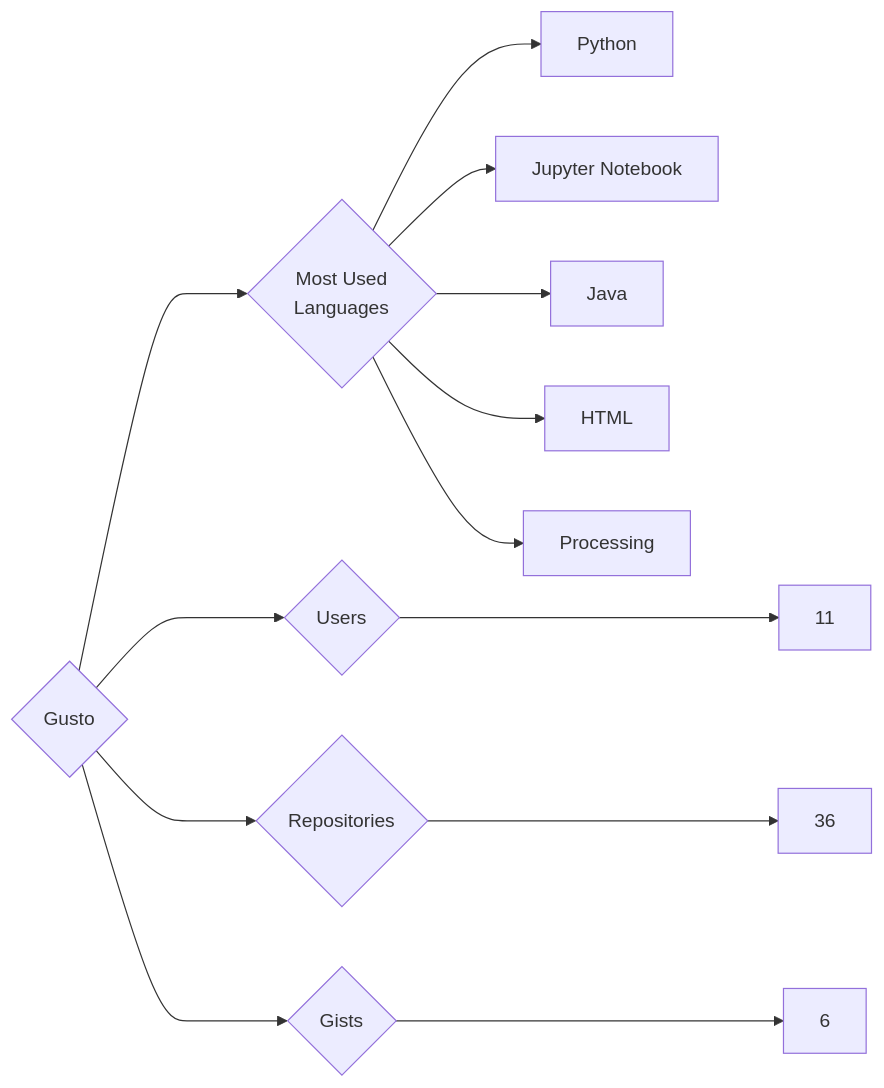
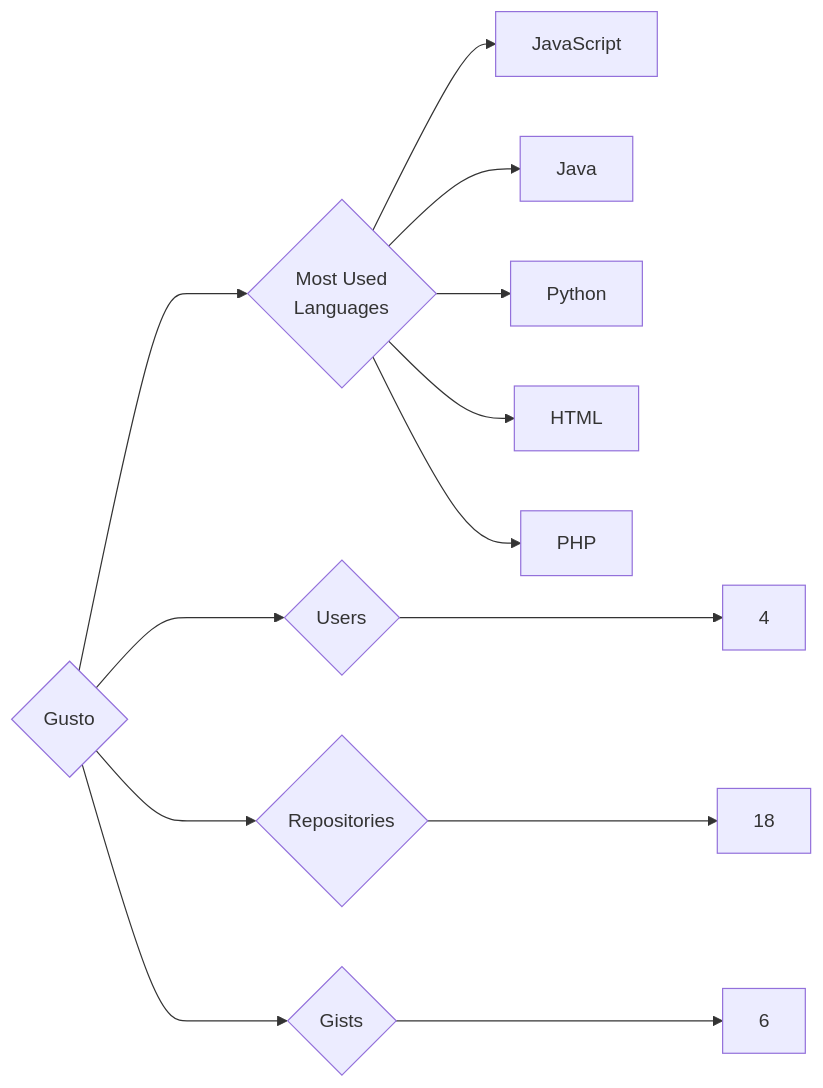
Before and after one commit to trickest/insiders: the diagram in targets/Gusto/README.md, drawn with Mermaid. The commit also changed 859 other files, not shown here.

````diff
--- a/targets/Gusto/README.md
+++ b/targets/Gusto/README.md
@@ -3,13 +3,13 @@
 ```mermaid
 graph LR
 COMPANY_NAME{Gusto}
-COMPANY_NAME ---> U{Users} ---> UN[11]
-COMPANY_NAME ---> R{Repositories} ---> RN[36]
+COMPANY_NAME ---> U{Users} ---> UN[4]
+COMPANY_NAME ---> R{Repositories} ---> RN[18]
 COMPANY_NAME ---> G{Gists} ---> GN[6]
 COMPANY_NAME ---> ML{Most Used<br>Languages}
+ML --> JavaScript[JavaScript]
+ML --> Java[Java]
 ML --> Python[Python]
-ML --> Jupyter_Notebook[Jupyter Notebook]
-ML --> Java[Java]
 ML --> HTML[HTML]
-ML --> Processing[Processing]
+ML --> PHP[PHP]
 ```
````
